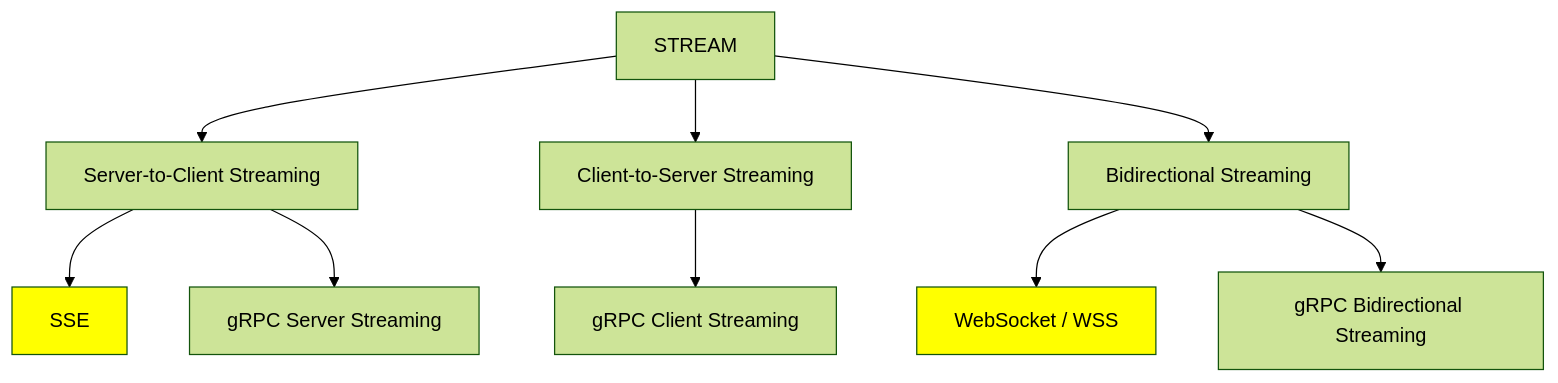
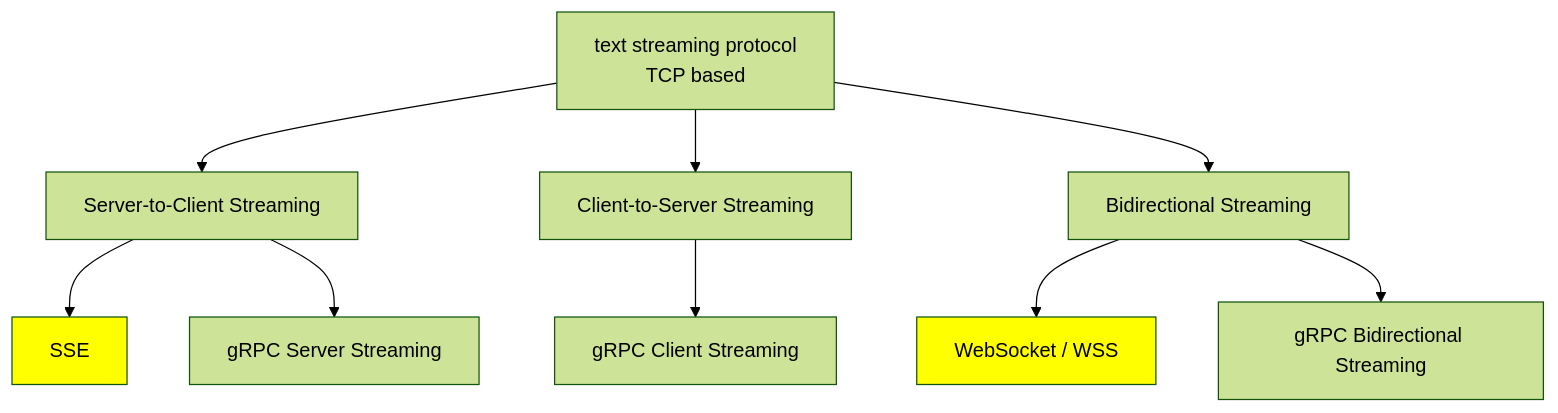
One commit to lekhrajdinkar/solution-engineer changed the second of 5 diagrams in docs/2022-2025/SE_02_system-design/SD_01_Foundation/05_IPC/00_IPC.md. Above: the diagram before and after it, drawn with Mermaid (forest theme). The commit also changed other lines of this file and 1 other file, not shown here.

````diff
--- a/docs/2022-2025/SE_02_system-design/SD_01_Foundation/05_IPC/00_IPC.md
+++ b/docs/2022-2025/SE_02_system-design/SD_01_Foundation/05_IPC/00_IPC.md
@@ -96,18 +94,14 @@
 ```mermaid
 flowchart TB
     %% Streaming
-    STREAM --> SERVER[Server-to-Client Streaming]
+    STREAM["text streaming protocol \n TCP based"] --> SERVER[Server-to-Client Streaming]
     STREAM --> CLIENT[Client-to-Server Streaming]
     STREAM --> BI[Bidirectional Streaming]
-
     SERVER --> SSE[SSE]
     SERVER --> GRPCS[gRPC Server Streaming]
-
     CLIENT --> GRPCC[gRPC Client Streaming]
-
     BI --> WS[WebSocket / WSS]
     BI --> GRPCBI[gRPC Bidirectional Streaming]
-
     style SSE fill:yellow,color:black
     style WS fill:yellow,color:black
 ```
````
